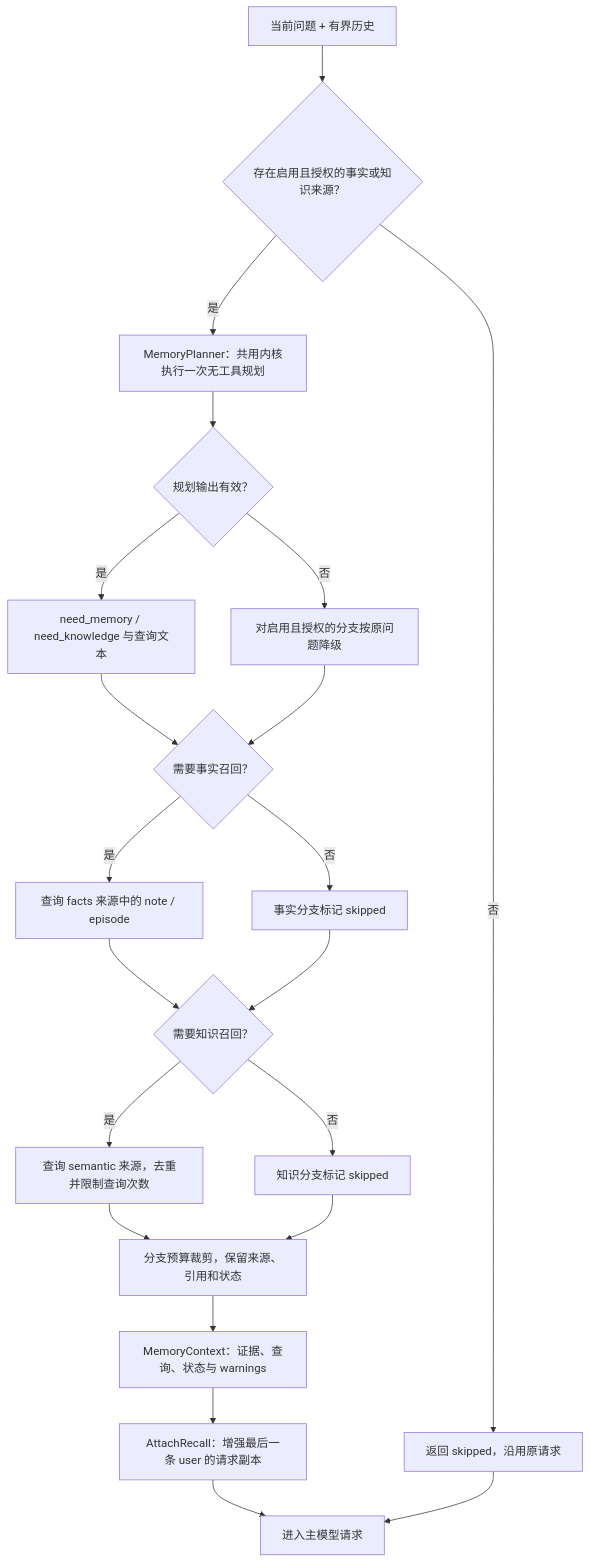
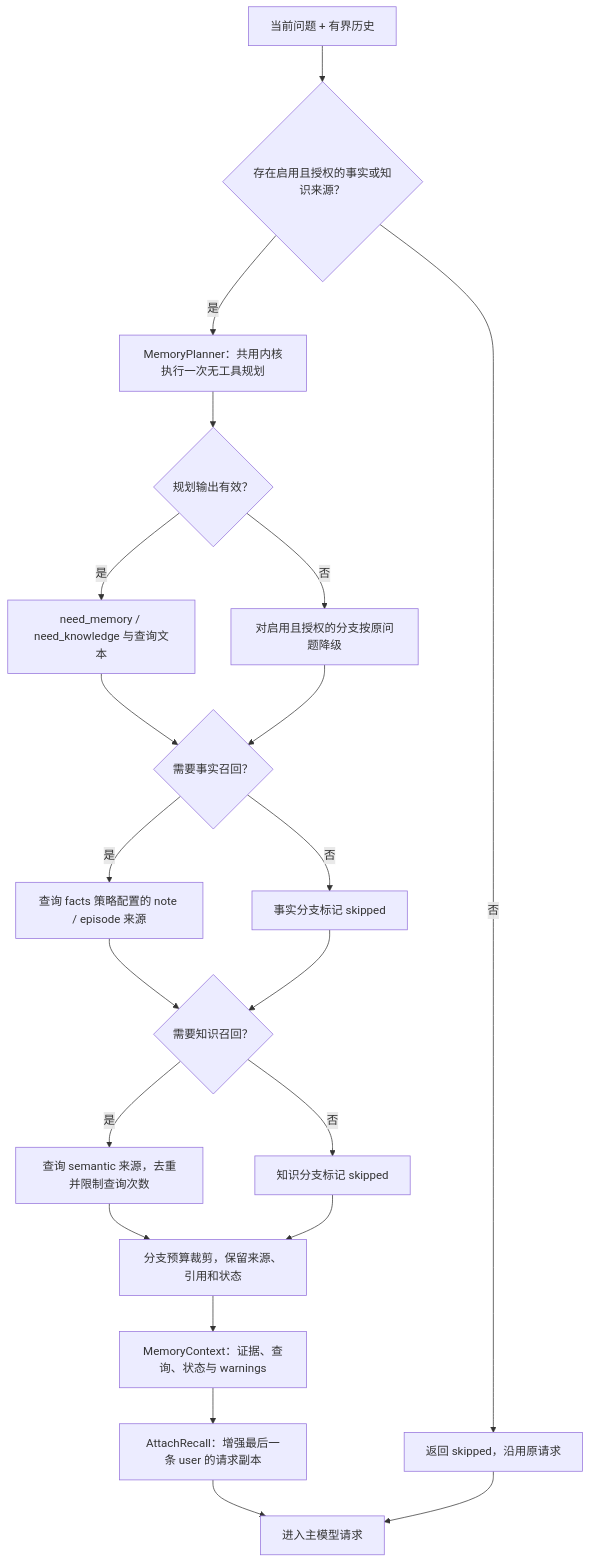
Before and after one commit to Lophyads/FunAgent: the second of 4 diagrams in README.md, drawn with Mermaid. The commit also changed other lines of this file and 22 other files, not shown here.

````diff
--- a/README.md
+++ b/README.md
@@ -121,23 +121,23 @@
 ```mermaid
 flowchart TD
     Input["当前问题 + 有界历史"] --> Sources{"存在启用且授权的事实或知识来源？"}
     Sources -->|否| Skip["返回 skipped，沿用原请求"]
     Sources -->|是| Plan["MemoryPlanner：共用内核执行一次无工具规划"]
     Plan --> Valid{"规划输出有效？"}
     Valid -->|是| Needs["need_memory / need_knowledge 与查询文本"]
     Valid -->|否| Fallback["对启用且授权的分支按原问题降级"]
     Needs --> Facts{"需要事实召回？"}
     Fallback --> Facts
-    Facts -->|是| FactsQuery["查询 facts 来源中的 note / episode"]
+    Facts -->|是| FactsQuery["查询 facts 策略配置的 note / episode 来源"]
     Facts -->|否| FactsSkip["事实分支标记 skipped"]
     FactsQuery --> Knowledge{"需要知识召回？"}
     FactsSkip --> Knowledge
     Knowledge -->|是| KnowledgeQuery["查询 semantic 来源，去重并限制查询次数"]
     Knowledge -->|否| KnowledgeSkip["知识分支标记 skipped"]
     KnowledgeQuery --> Fit["分支预算裁剪，保留来源、引用和状态"]
     KnowledgeSkip --> Fit
     Fit --> Context["MemoryContext：证据、查询、状态与 warnings"]
     Context --> Attach["AttachRecall：增强最后一条 user 的请求副本"]
     Attach --> Main["进入主模型请求"]
     Skip --> Main
 ```
````
